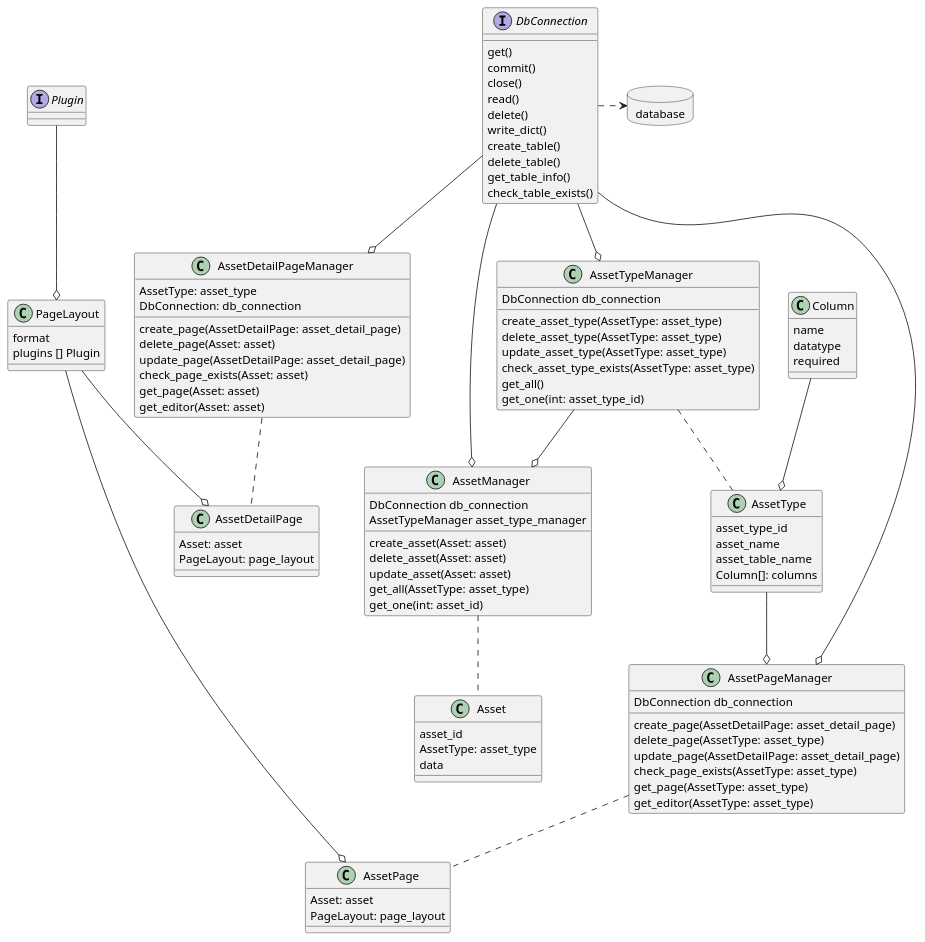
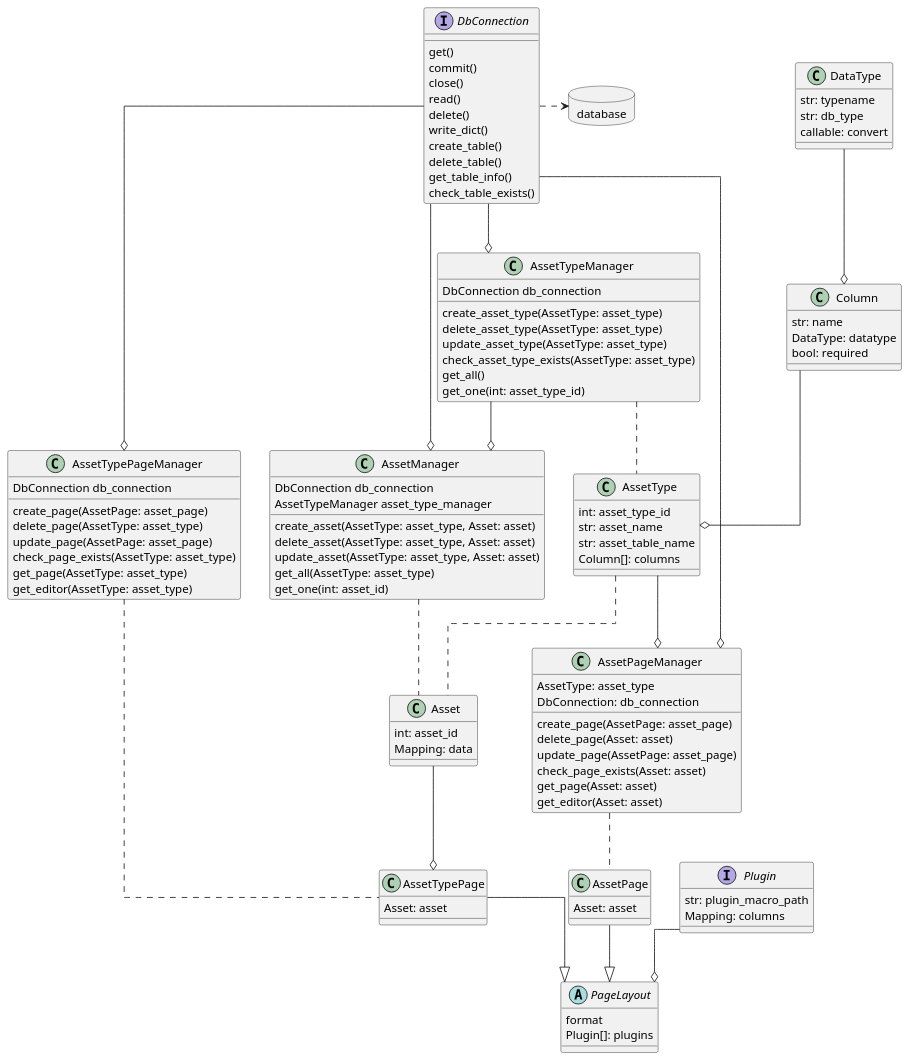
One commit to PDT42/AnyBase changed the diagram in doc/classes.wsd. Above: the diagram before and after it, drawn with PlantUML.

Commit message:
Updated Classdiagram

```diff
--- a/doc/classes.wsd
+++ b/doc/classes.wsd
@@ -1,123 +1,156 @@
-@startuml test
+@startuml
+
+' Check /out/classes for a .png version of this diagram
+
+' UML Settings
+' ############
 
 allow_mixing
+skinparam Linetype ortho
+
+' Datatypes / Entities
+' ####################
+
+class DataType {
+    str: typename
+    str: db_type
+    callable: convert
+}
+
+class Column {
+    str: name
+    DataType: datatype
+    bool: required
+}
 
 class AssetType {
-    asset_type_id
-    asset_name
-    asset_table_name
+    int: asset_type_id
+    str: asset_name
+    str: asset_table_name
     Column[]: columns
 }
 
-class Column {
-    name
-    datatype
-    required
+class Asset {
+    int: asset_id
+    Mapping: data
 }
 
-class Asset {
-    asset_id
-    AssetType: asset_type
-    data
-}
+' Data Managers
+' #############
 
 class AssetTypeManager {
     DbConnection db_connection
     create_asset_type(AssetType: asset_type)
     delete_asset_type(AssetType: asset_type)
     update_asset_type(AssetType: asset_type)
     check_asset_type_exists(AssetType: asset_type)
     get_all()
     get_one(int: asset_type_id)
 }
 
-class AssetPageManager {
+class AssetManager  {
     DbConnection db_connection
-    create_page(AssetDetailPage: asset_detail_page)
+    AssetTypeManager asset_type_manager
+    create_asset(AssetType: asset_type, Asset: asset)
+    delete_asset(AssetType: asset_type, Asset: asset)
+    update_asset(AssetType: asset_type, Asset: asset)
+    get_all(AssetType: asset_type)
+    get_one(int: asset_id)
+}
+
+' Layouts and Pages
+' #################
+
+interface Plugin {
+    str: plugin_macro_path
+    Mapping: columns
+}
+
+abstract class PageLayout {
+    format
+    Plugin[]: plugins
+}
+
+class AssetTypePage {
+    Asset: asset
+}
+
+
+class AssetPage {
+    Asset: asset
+}
+
+' Page Managers
+' #############
+
+class AssetTypePageManager {
+    DbConnection db_connection
+    create_page(AssetPage: asset_page)
     delete_page(AssetType: asset_type)
-    update_page(AssetDetailPage: asset_detail_page)
+    update_page(AssetPage: asset_page)
     check_page_exists(AssetType: asset_type)
     get_page(AssetType: asset_type)
     get_editor(AssetType: asset_type)
 }
 
-class AssetPage {
-    Asset: asset
-    PageLayout: page_layout
-}
-
-class PageLayout {
-    format
-    plugins [] Plugin
-}
-
-class AssetDetailPageManager {
+class AssetPageManager {
     AssetType: asset_type
     DbConnection: db_connection
-    create_page(AssetDetailPage: asset_detail_page)
+    create_page(AssetPage: asset_page)
     delete_page(Asset: asset)
-    update_page(AssetDetailPage: asset_detail_page)
+    update_page(AssetPage: asset_page)
     check_page_exists(Asset: asset)
     get_page(Asset: asset)
     get_editor(Asset: asset)
 }
 
-class AssetDetailPage {
-    Asset: asset
-    PageLayout: page_layout
-}
+' Database and Stuff
+' ##################
 
-class AssetManager  {
-    DbConnection db_connection
-    AssetTypeManager asset_type_manager
-    create_asset(Asset: asset)
-    delete_asset(Asset: asset)
-    update_asset(Asset: asset)
-    get_all(AssetType: asset_type)
-    get_one(int: asset_id)
-}
 
 interface DbConnection {
     get()
     commit()
     close()
     read()
     delete()
     write_dict()
     create_table()
     delete_table()
     get_table_info()
     check_table_exists()
 }
 
-interface Plugin {
-
-}
-
 database database
 
-DbConnection .> database
-DbConnection --o AssetManager
-DbConnection --o AssetTypeManager
-DbConnection --o AssetPageManager
-DbConnection --o AssetDetailPageManager
+' Connections and Stuff
+' #####################
 
 AssetTypeManager --o AssetManager
 AssetTypeManager .. AssetType
 
 AssetManager .. Asset
 
 AssetType --o AssetPageManager
+AssetType .. Asset
 
+DataType --o Column
 Column --o AssetType
+
+AssetTypePageManager .. AssetTypePage
 
 AssetPageManager .. AssetPage
 
-AssetDetailPageManager .. AssetDetailPage
-
-PageLayout --o AssetDetailPage
-PageLayout --o AssetPage
+AssetTypePage --|> PageLayout
+AssetPage --|> PageLayout
+Asset --o AssetTypePage
 
 Plugin --o PageLayout
 
+DbConnection .> database
+DbConnection --o AssetManager
+DbConnection --o AssetTypeManager
+DbConnection --o AssetTypePageManager
+DbConnection --o AssetPageManager
+
 @enduml
```
